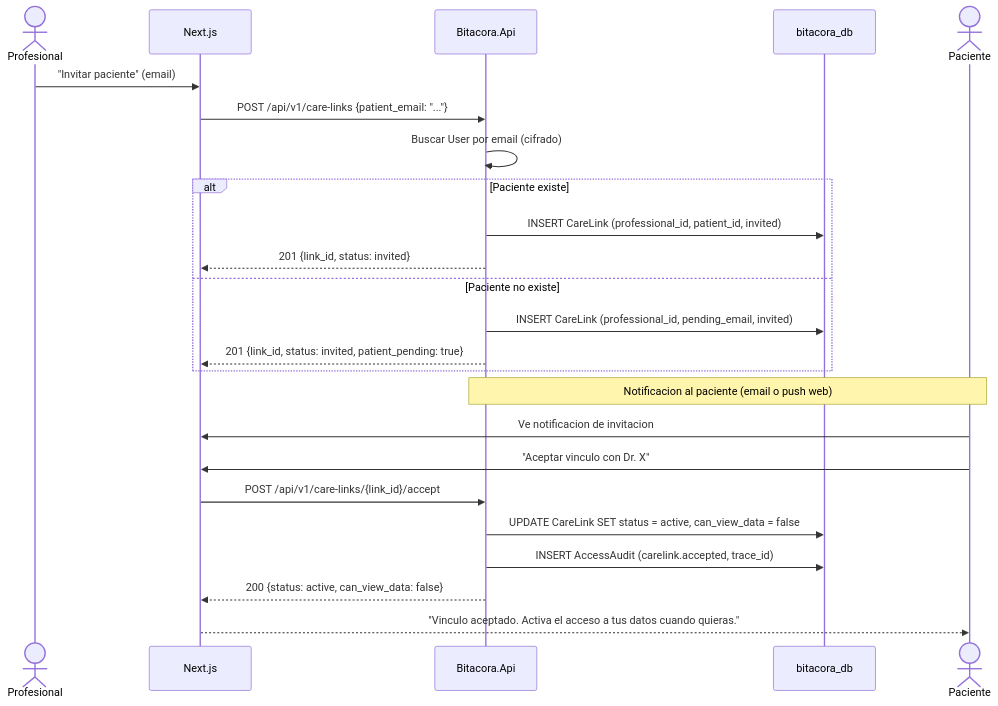
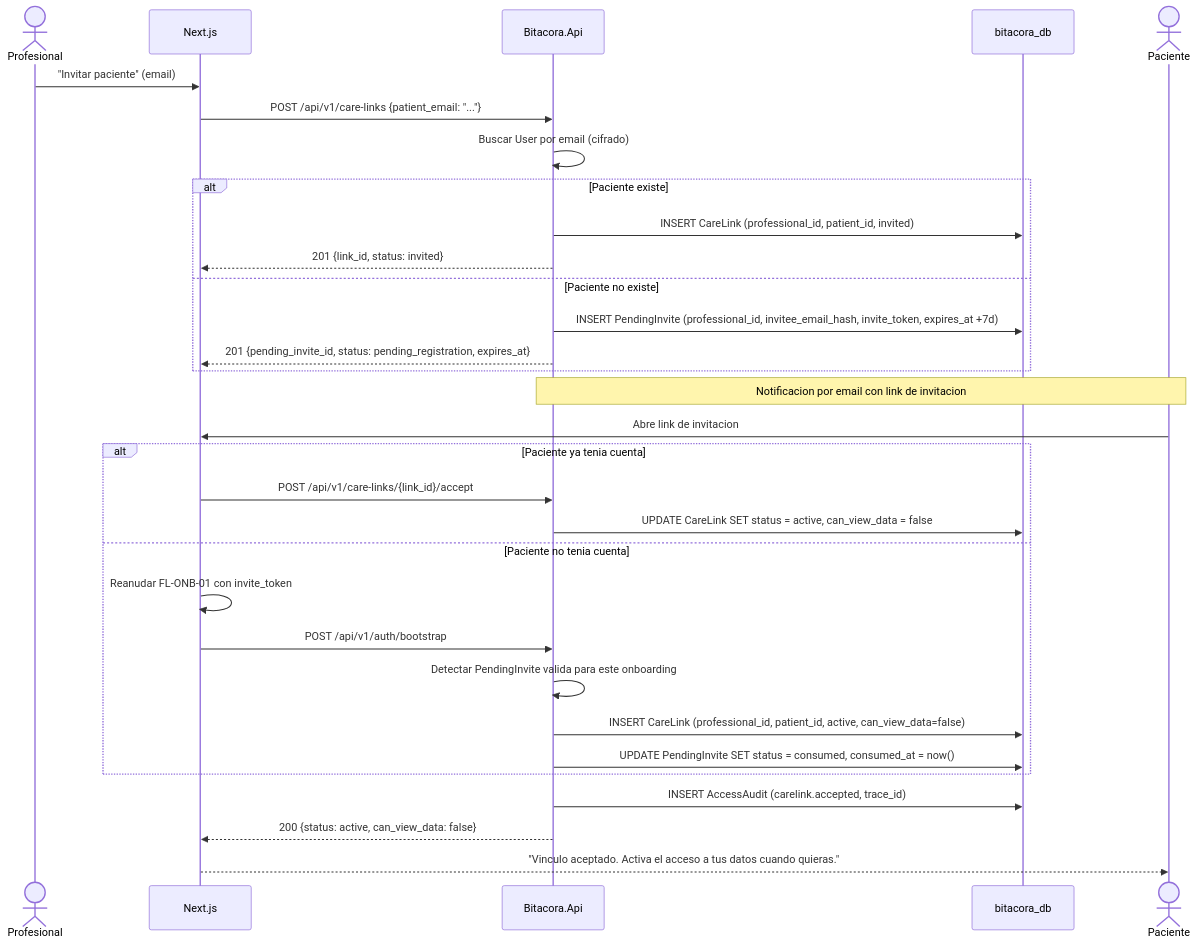
One commit to fgpaz/bitacora changed the diagram in .docs/wiki/03_FL/FL-VIN-01.md. Above: the diagram before and after it, drawn with Mermaid. The commit also changed other lines of this file and 317 other files, not shown here.

````diff
--- a/.docs/wiki/03_FL/FL-VIN-01.md
+++ b/.docs/wiki/03_FL/FL-VIN-01.md
@@ -29,27 +30,34 @@
 ```mermaid
 sequenceDiagram
     actor PRO as Profesional
     participant WEB as Next.js
     participant API as Bitacora.Api
     participant DB as bitacora_db
     actor P as Paciente
 
     PRO->>WEB: "Invitar paciente" (email)
     WEB->>API: POST /api/v1/care-links {patient_email: "..."}
     API->>API: Buscar User por email (cifrado)
     alt Paciente existe
         API->>DB: INSERT CareLink (professional_id, patient_id, invited)
         API-->>WEB: 201 {link_id, status: invited}
     else Paciente no existe
-        API->>DB: INSERT CareLink (professional_id, pending_email, invited)
-        API-->>WEB: 201 {link_id, status: invited, patient_pending: true}
+        API->>DB: INSERT PendingInvite (professional_id, invitee_email_hash, invite_token, expires_at +7d)
+        API-->>WEB: 201 {pending_invite_id, status: pending_registration, expires_at}
     end
-    Note over API,P: Notificacion al paciente (email o push web)
-    P->>WEB: Ve notificacion de invitacion
-    P->>WEB: "Aceptar vinculo con Dr. X"
-    WEB->>API: POST /api/v1/care-links/{link_id}/accept
-    API->>DB: UPDATE CareLink SET status = active, can_view_data = false
+    Note over API,P: Notificacion por email con link de invitacion
+    P->>WEB: Abre link de invitacion
+    alt Paciente ya tenia cuenta
+        WEB->>API: POST /api/v1/care-links/{link_id}/accept
+        API->>DB: UPDATE CareLink SET status = active, can_view_data = false
+    else Paciente no tenia cuenta
+        WEB->>WEB: Reanudar FL-ONB-01 con invite_token
+        WEB->>API: POST /api/v1/auth/bootstrap
+        API->>API: Detectar PendingInvite valida para este onboarding
+        API->>DB: INSERT CareLink (professional_id, patient_id, active, can_view_data=false)
+        API->>DB: UPDATE PendingInvite SET status = consumed, consumed_at = now()
+    end
     API->>DB: INSERT AccessAudit (carelink.accepted, trace_id)
     API-->>WEB: 200 {status: active, can_view_data: false}
     WEB-->>P: "Vinculo aceptado. Activa el acceso a tus datos cuando quieras."
 ```
````
